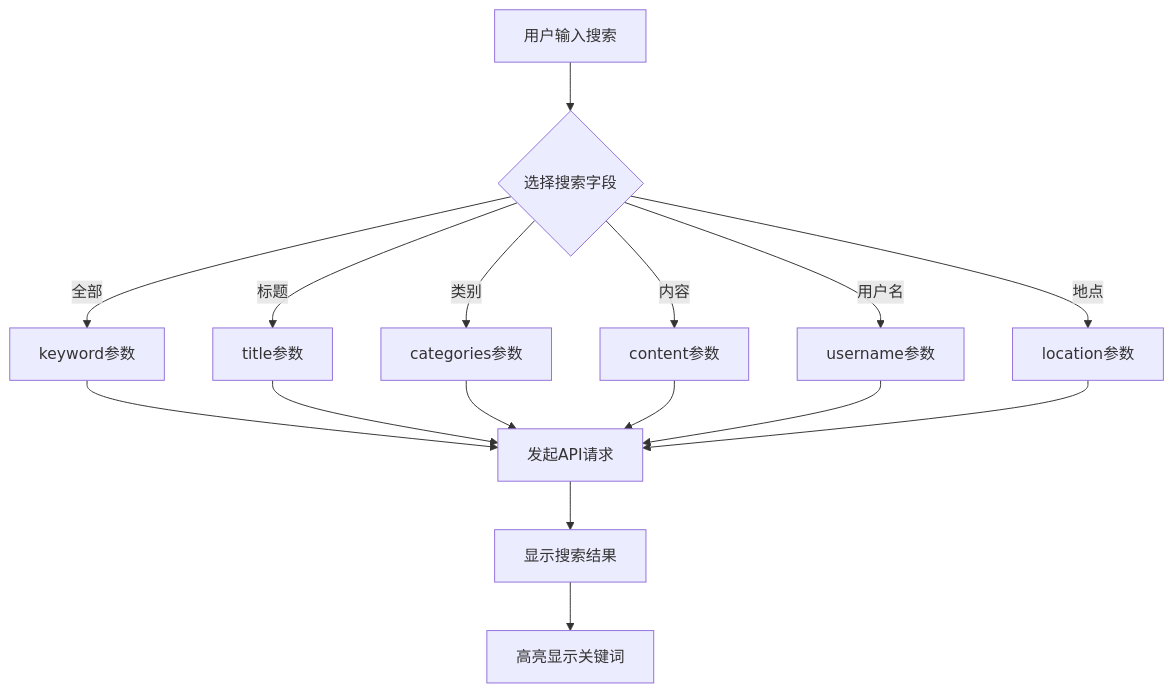
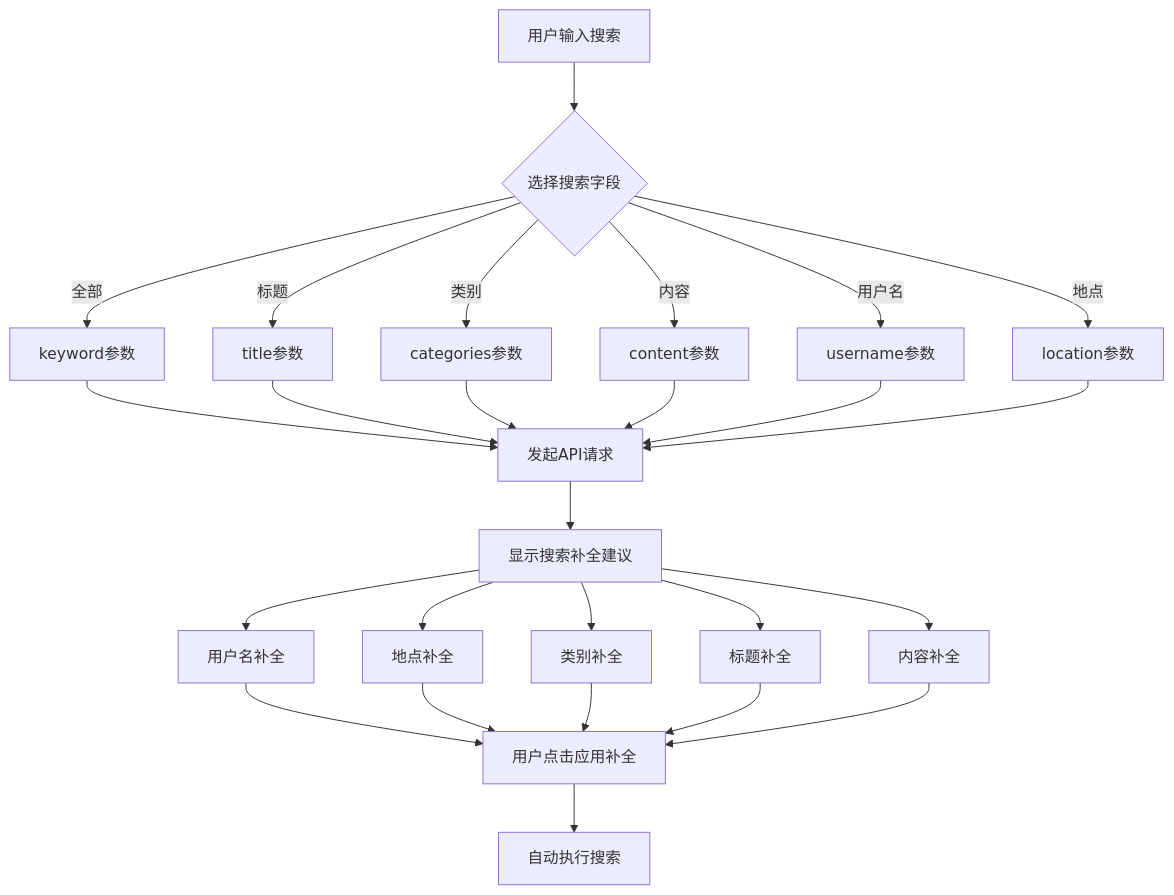
Before and after one commit to 20164206160/zhishilu: the third of 30 diagrams in .qoder/repowiki/zh/content/Home View.md, drawn with Mermaid. The commit also changed other lines of this file and 26 other files, not shown here.

````diff
--- a/.qoder/repowiki/zh/content/Home View.md
+++ b/.qoder/repowiki/zh/content/Home View.md
@@ -163,18 +174,28 @@
 ```mermaid
 flowchart TD
 A[用户输入搜索] --> B{选择搜索字段}
 B --> |全部| C[keyword参数]
 B --> |标题| D[title参数]
 B --> |类别| E[categories参数]
 B --> |内容| F[content参数]
 B --> |用户名| G[username参数]
 B --> |地点| H[location参数]
 C --> I[发起API请求]
 D --> I
 E --> I
 F --> I
 G --> I
 H --> I
-I --> J[显示搜索结果]
-J --> K[高亮显示关键词]
+I --> J[显示搜索补全建议]
+J --> K[用户名补全]
+J --> L[地点补全]
+J --> M[类别补全]
+J --> N[标题补全]
+J --> O[内容补全]
+K --> P[用户点击应用补全]
+L --> P
+M --> P
+N --> P
+O --> P
+P --> Q[自动执行搜索]
 ```
````
